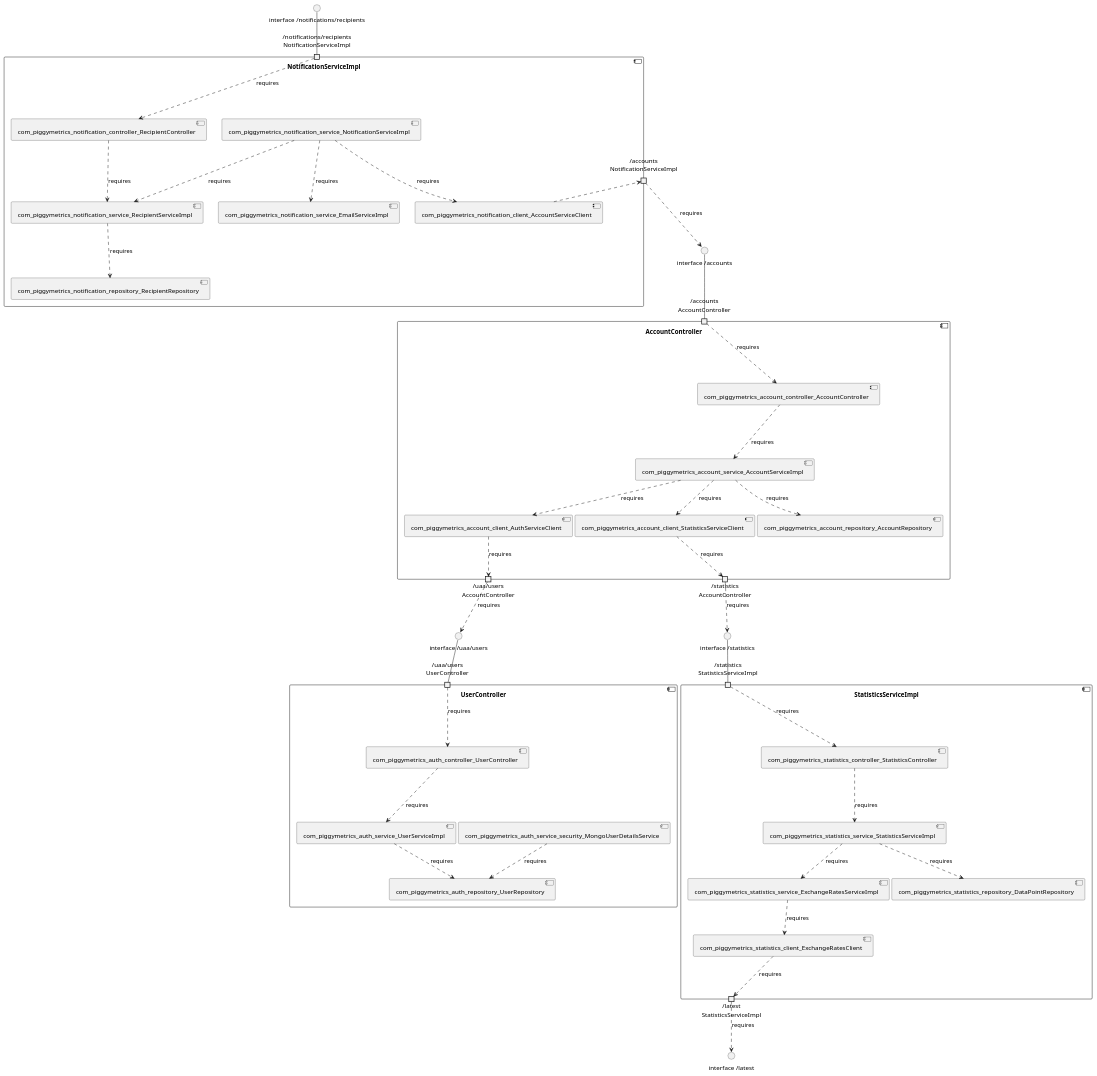
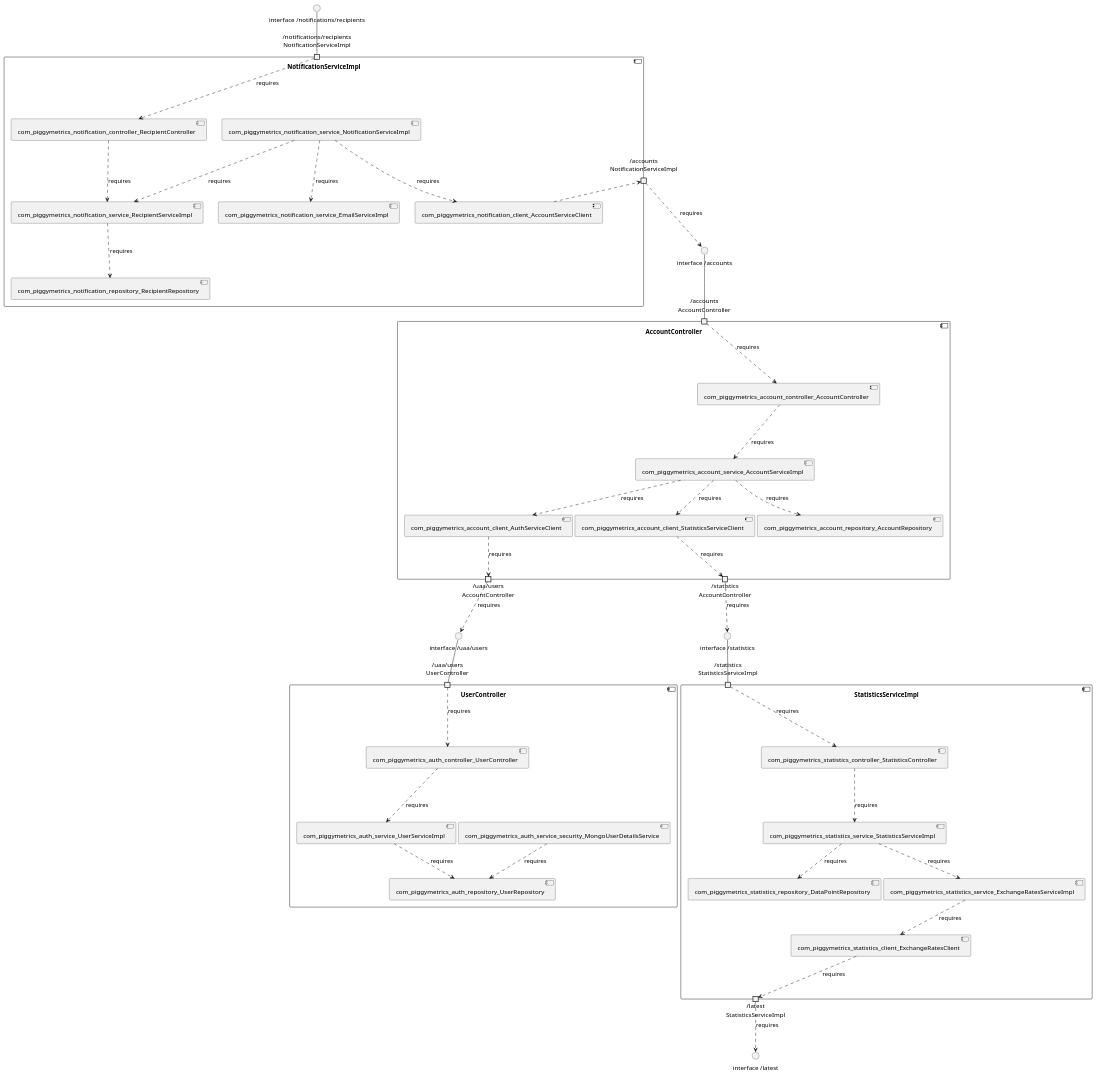
Before and after one commit to View-Based-Reverse-Engineering/Retriever-Benchmark: the diagram in piggymetrics/model_re/uml/componentDiagram.puml, drawn with PlantUML. The commit also changed 4 other files, not shown here.

```diff
--- a/piggymetrics/model_re/uml/componentDiagram.puml
+++ b/piggymetrics/model_re/uml/componentDiagram.puml
@@ -1,72 +1,69 @@
-@startuml
 skinparam fixCircleLabelOverlapping true
 component "AccountController\n\n\n\n\n\n" {
 [com_piggymetrics_account_controller_AccountController]
 [com_piggymetrics_account_repository_AccountRepository]
 [com_piggymetrics_account_service_AccountServiceImpl]
 [com_piggymetrics_account_client_StatisticsServiceClient]
 [com_piggymetrics_account_client_AuthServiceClient]
 portin "/accounts\nAccountController"
 portout "/uaa/users\nAccountController"
 portout "/statistics\nAccountController"
 [com_piggymetrics_account_service_AccountServiceImpl]..>[com_piggymetrics_account_client_StatisticsServiceClient] : requires
 [com_piggymetrics_account_service_AccountServiceImpl]..>[com_piggymetrics_account_client_AuthServiceClient] : requires
 [com_piggymetrics_account_service_AccountServiceImpl]..>[com_piggymetrics_account_repository_AccountRepository] : requires
 [com_piggymetrics_account_controller_AccountController]..>[com_piggymetrics_account_service_AccountServiceImpl] : requires
 "/accounts\nAccountController"..>[com_piggymetrics_account_controller_AccountController] : requires
 [com_piggymetrics_account_client_AuthServiceClient]..>"/uaa/users\nAccountController" : requires
 [com_piggymetrics_account_client_StatisticsServiceClient]..>"/statistics\nAccountController" : requires
 }
 "interface /accounts"--"/accounts\nAccountController"
 "/uaa/users\nAccountController"..>"interface /uaa/users" : requires
 "/statistics\nAccountController"..>"interface /statistics" : requires
 component "NotificationServiceImpl\n\n\n\n\n\n" {
+[com_piggymetrics_notification_repository_RecipientRepository]
 [com_piggymetrics_notification_service_RecipientServiceImpl]
+[com_piggymetrics_notification_service_EmailServiceImpl]
 [com_piggymetrics_notification_controller_RecipientController]
-[com_piggymetrics_notification_service_EmailServiceImpl]
 [com_piggymetrics_notification_client_AccountServiceClient]
 [com_piggymetrics_notification_service_NotificationServiceImpl]
-[com_piggymetrics_notification_repository_RecipientRepository]
 portin "/notifications/recipients\nNotificationServiceImpl"
 portout "/accounts\nNotificationServiceImpl"
 [com_piggymetrics_notification_service_NotificationServiceImpl]..>[com_piggymetrics_notification_client_AccountServiceClient] : requires
 [com_piggymetrics_notification_service_NotificationServiceImpl]..>[com_piggymetrics_notification_service_EmailServiceImpl] : requires
 [com_piggymetrics_notification_service_RecipientServiceImpl]..>[com_piggymetrics_notification_repository_RecipientRepository] : requires
 [com_piggymetrics_notification_controller_RecipientController]..>[com_piggymetrics_notification_service_RecipientServiceImpl] : requires
 [com_piggymetrics_notification_service_NotificationServiceImpl]..>[com_piggymetrics_notification_service_RecipientServiceImpl] : requires
 "/notifications/recipients\nNotificationServiceImpl"..>[com_piggymetrics_notification_controller_RecipientController] : requires
 [com_piggymetrics_notification_client_AccountServiceClient]..>"/accounts\nNotificationServiceImpl" : requires
 }
 "interface /notifications/recipients"--"/notifications/recipients\nNotificationServiceImpl"
 "/accounts\nNotificationServiceImpl"..>"interface /accounts" : requires
 component "StatisticsServiceImpl\n\n\n\n\n\n" {
 [com_piggymetrics_statistics_client_ExchangeRatesClient]
-[com_piggymetrics_statistics_repository_DataPointRepository]
 [com_piggymetrics_statistics_service_ExchangeRatesServiceImpl]
 [com_piggymetrics_statistics_service_StatisticsServiceImpl]
 [com_piggymetrics_statistics_controller_StatisticsController]
+[com_piggymetrics_statistics_repository_DataPointRepository]
 portin "/statistics\nStatisticsServiceImpl"
 portout "/latest\nStatisticsServiceImpl"
 [com_piggymetrics_statistics_service_StatisticsServiceImpl]..>[com_piggymetrics_statistics_repository_DataPointRepository] : requires
 [com_piggymetrics_statistics_service_StatisticsServiceImpl]..>[com_piggymetrics_statistics_service_ExchangeRatesServiceImpl] : requires
 [com_piggymetrics_statistics_service_ExchangeRatesServiceImpl]..>[com_piggymetrics_statistics_client_ExchangeRatesClient] : requires
 [com_piggymetrics_statistics_controller_StatisticsController]..>[com_piggymetrics_statistics_service_StatisticsServiceImpl] : requires
 "/statistics\nStatisticsServiceImpl"..>[com_piggymetrics_statistics_controller_StatisticsController] : requires
 [com_piggymetrics_statistics_client_ExchangeRatesClient]..>"/latest\nStatisticsServiceImpl" : requires
 }
 "interface /statistics"--"/statistics\nStatisticsServiceImpl"
 "/latest\nStatisticsServiceImpl"..>"interface /latest" : requires
 component "UserController\n\n\n\n\n\n" {
 [com_piggymetrics_auth_service_UserServiceImpl]
+[com_piggymetrics_auth_repository_UserRepository]
 [com_piggymetrics_auth_controller_UserController]
 [com_piggymetrics_auth_service_security_MongoUserDetailsService]
-[com_piggymetrics_auth_repository_UserRepository]
 portin "/uaa/users\nUserController"
 [com_piggymetrics_auth_controller_UserController]..>[com_piggymetrics_auth_service_UserServiceImpl] : requires
 [com_piggymetrics_auth_service_UserServiceImpl]..>[com_piggymetrics_auth_repository_UserRepository] : requires
 [com_piggymetrics_auth_service_security_MongoUserDetailsService]..>[com_piggymetrics_auth_repository_UserRepository] : requires
 "/uaa/users\nUserController"..>[com_piggymetrics_auth_controller_UserController] : requires
 }
 "interface /uaa/users"--"/uaa/users\nUserController"
-
-@enduml
```
